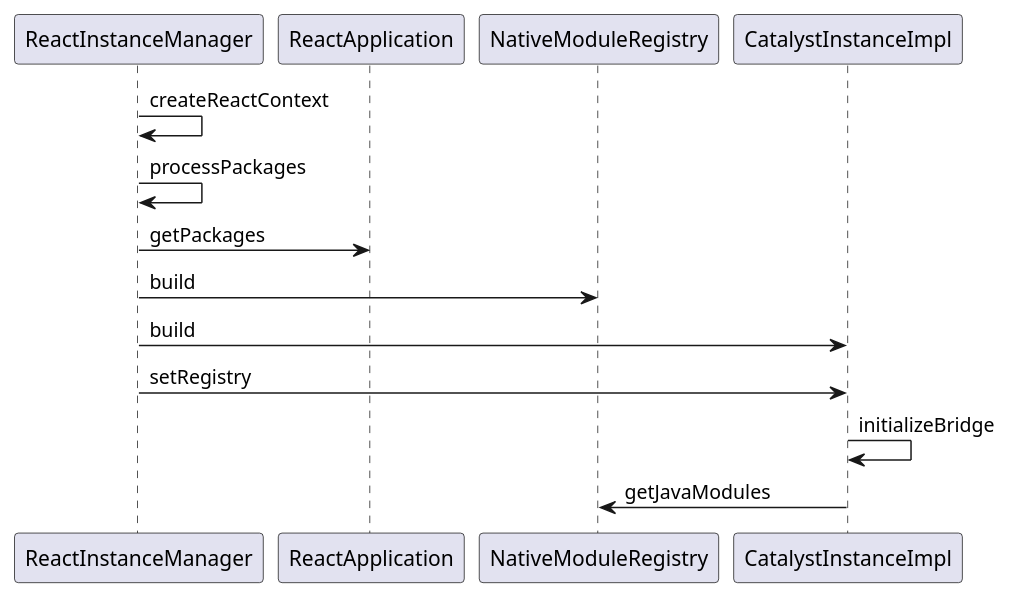
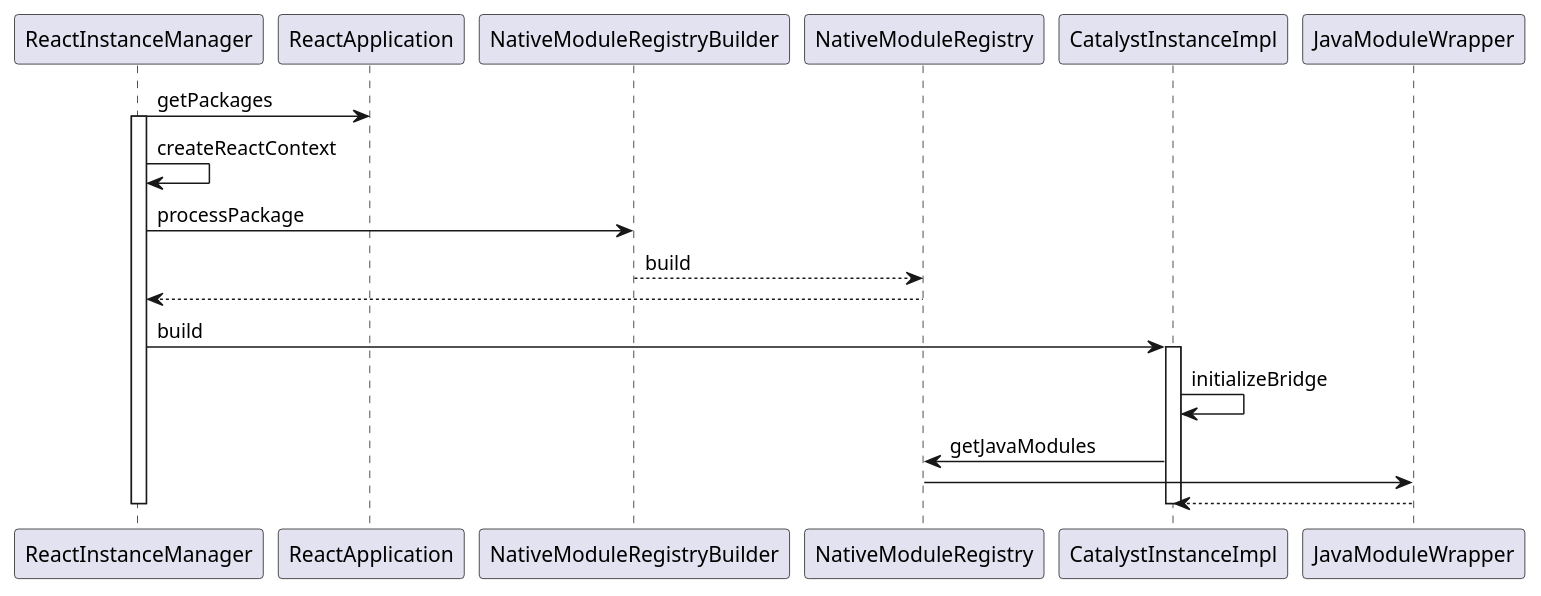
Before and after one commit to booqin/react-native: the diagram in react_module.puml, drawn with PlantUML. The commit also changed 6 other files, not shown here.

```diff
--- a/react_module.puml
+++ b/react_module.puml
@@ -1,20 +1,31 @@
 @startuml
-ReactInstanceManager -> ReactInstanceManager:createReactContext
-
-ReactInstanceManager -> ReactInstanceManager:processPackages
 
 ReactInstanceManager -> ReactApplication:getPackages
 
-ReactInstanceManager -> NativeModuleRegistry:build
+
+activate ReactInstanceManager
+ReactInstanceManager -> ReactInstanceManager:createReactContext
+
+ReactInstanceManager -> NativeModuleRegistryBuilder:processPackage
+NativeModuleRegistry <-- NativeModuleRegistryBuilder:build
+
+ReactInstanceManager <-- NativeModuleRegistry
 
 ReactInstanceManager -> CatalystInstanceImpl:build
 
-ReactInstanceManager -> CatalystInstanceImpl:setRegistry
+activate CatalystInstanceImpl
 
 CatalystInstanceImpl -> CatalystInstanceImpl:initializeBridge
 
 CatalystInstanceImpl -> NativeModuleRegistry:getJavaModules
 
+NativeModuleRegistry -> JavaModuleWrapper
+
+CatalystInstanceImpl <-- JavaModuleWrapper
+
+deactivate CatalystInstanceImpl
+
+deactivate ReactInstanceManager
 
 
 @enduml
```
